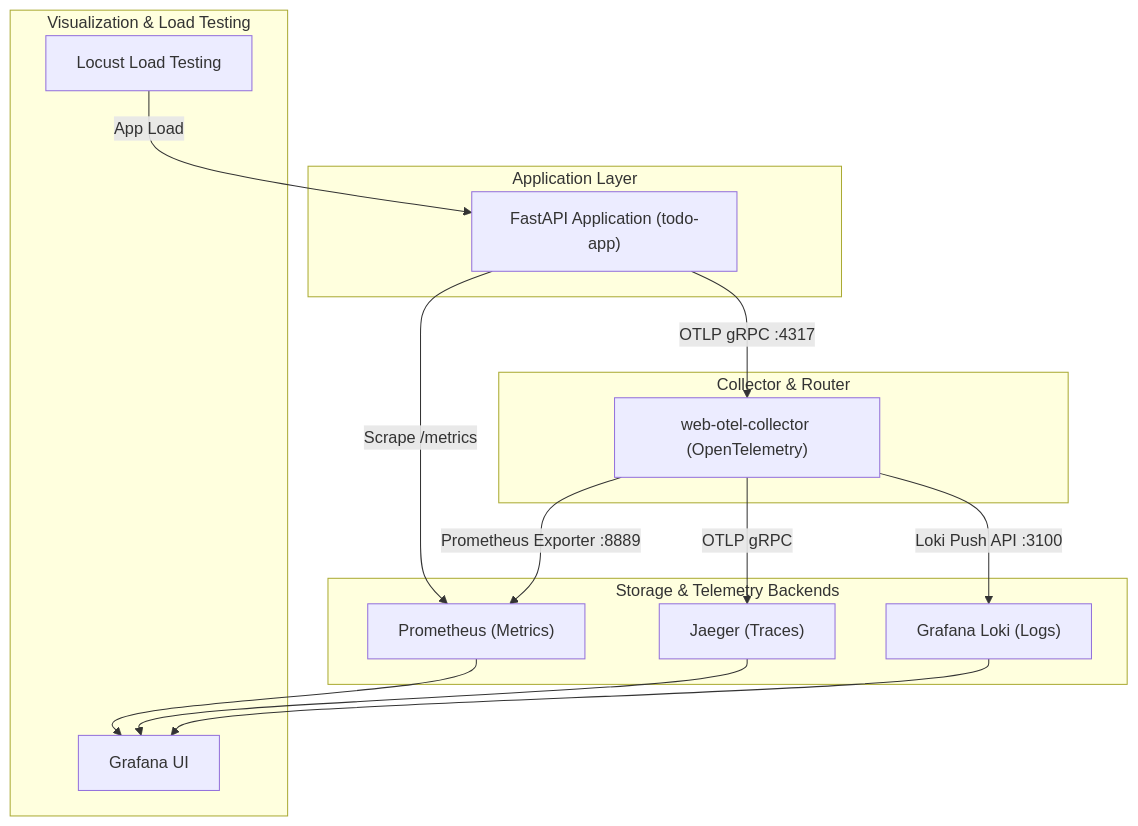
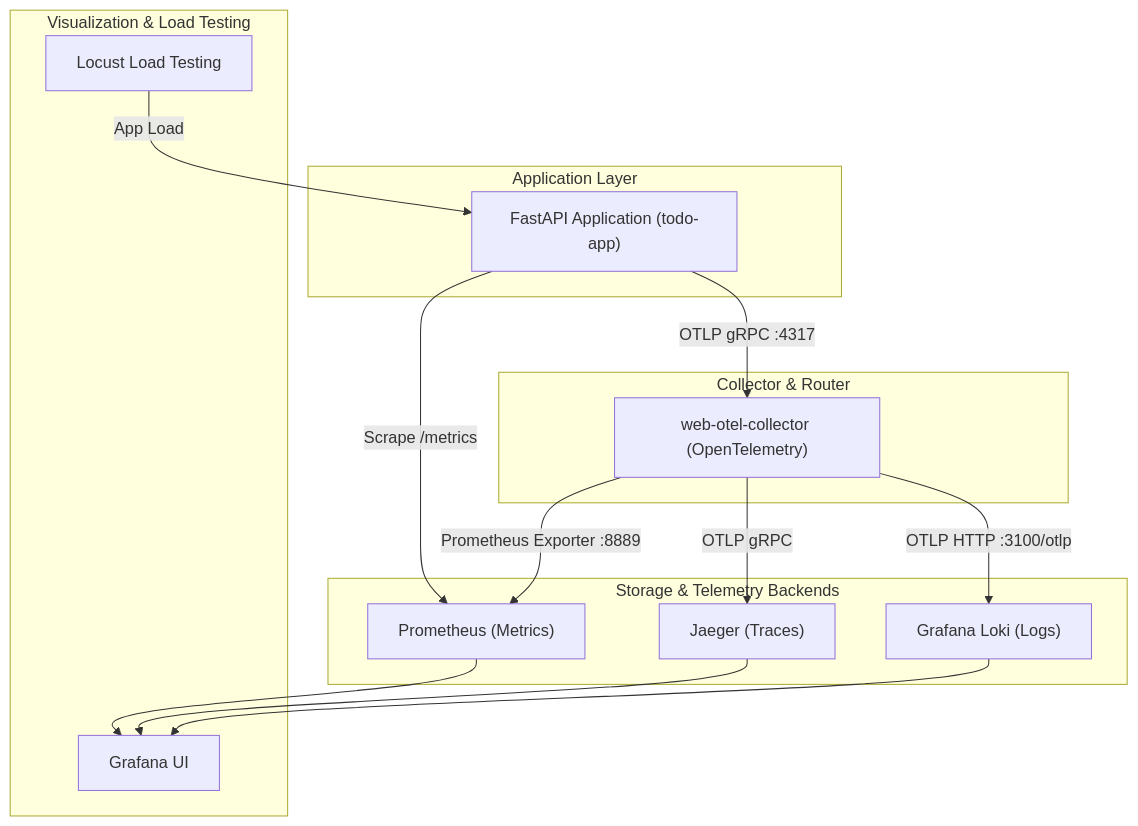
Before and after one commit to kalpan-shah/web_dev: the diagram in src/infra/monitoring/README.md, drawn with Mermaid. The commit also changed other lines of this file and 5 other files, not shown here.

First line of the commit message:
feat(infra): update OTel Collector Loki exporter to OTLP HTTP & add troubleshooting guide

````diff
--- a/src/infra/monitoring/README.md
+++ b/src/infra/monitoring/README.md
@@ -9,33 +9,33 @@
 ```mermaid
 flowchart TD
     subgraph "Application Layer"
         App["FastAPI Application (todo-app)"]
     end
 
     subgraph "Collector & Router"
         OTel["web-otel-collector (OpenTelemetry)"]
     end
 
     subgraph "Storage & Telemetry Backends"
         Prom["Prometheus (Metrics)"]
         Jaeger["Jaeger (Traces)"]
         Loki["Grafana Loki (Logs)"]
     end
 
     subgraph "Visualization & Load Testing"
         Grafana["Grafana UI"]
         Locust["Locust Load Testing"]
     end
 
     App -->|Scrape /metrics| Prom
     App -->|OTLP gRPC :4317| OTel
     Locust -->|App Load| App
 
     OTel -->|OTLP gRPC| Jaeger
-    OTel -->|Loki Push API :3100| Loki
+    OTel -->|OTLP HTTP :3100/otlp| Loki
     OTel -->|Prometheus Exporter :8889| Prom
 
     Prom --> Grafana
     Jaeger --> Grafana
     Loki --> Grafana
 ```
````
